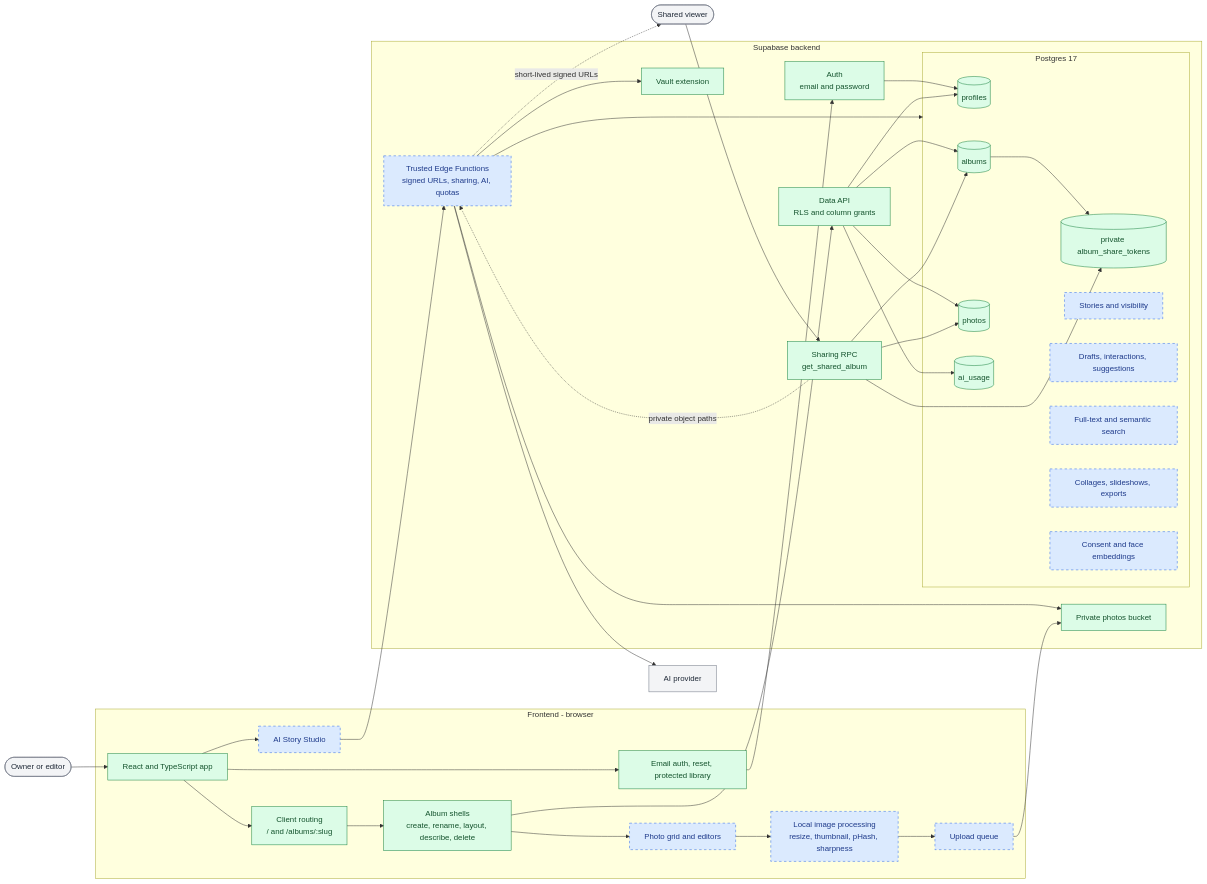
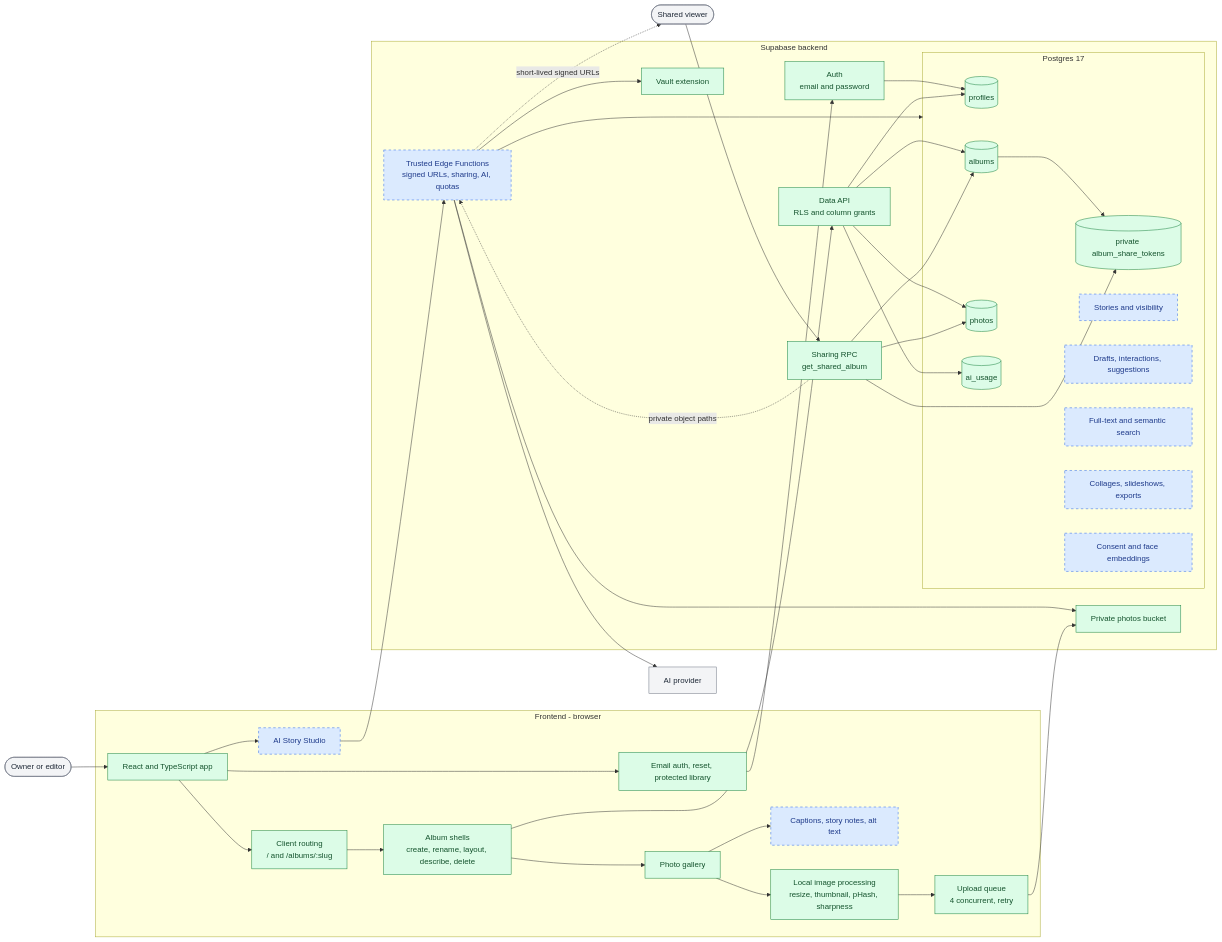
The first of 3 diagrams in docs/project-structure.md (Elizabeth1979/albums-studio), drawn with Mermaid before and after one commit. The commit also changed other lines of this file and 29 other files, not shown here.

````diff
--- a/docs/project-structure.md
+++ b/docs/project-structure.md
@@ -9,68 +9,69 @@
 ```mermaid
 flowchart LR
     User([Owner or editor]):::external
     Viewer([Shared viewer]):::external
     Model[AI provider]:::external
 
     subgraph Frontend["Frontend - browser"]
         App["React and TypeScript app"]:::current
         AuthUI["Email auth, reset, protected library"]:::current
         Router["Client routing<br/>/ and /albums/:slug"]:::current
         AlbumUI["Album shells<br/>create, rename, layout, describe, delete"]:::current
-        PhotoUI["Photo grid and editors"]:::planned
+        PhotoUI["Photo gallery"]:::current
+        TextUI["Captions, story notes, alt text"]:::planned
         Studio["AI Story Studio"]:::planned
-        Local["Local image processing<br/>resize, thumbnail, pHash, sharpness"]:::planned
-        Upload["Upload queue"]:::planned
+        Local["Local image processing<br/>resize, thumbnail, pHash, sharpness"]:::current
+        Upload["Upload queue<br/>4 concurrent, retry"]:::current
 
         App --> AuthUI
         App --> Router --> AlbumUI
-        AlbumUI --> PhotoUI
+        AlbumUI --> PhotoUI --> TextUI
         App --> Studio
         PhotoUI --> Local --> Upload
     end
 
     subgraph Supabase["Supabase backend"]
         Auth["Auth<br/>email and password"]:::current
         DataAPI["Data API<br/>RLS and column grants"]:::current
         RPC["Sharing RPC<br/>get_shared_album"]:::current
         Storage["Private photos bucket"]:::current
         Vault["Vault extension"]:::current
 
         subgraph Database["Postgres 17"]
             Profiles[(profiles)]:::current
             Albums[(albums)]:::current
             Photos[(photos)]:::current
             Usage[(ai_usage)]:::current
             Tokens[(private album_share_tokens)]:::current
             TextSchema["Stories and visibility"]:::planned
             AISchema["Drafts, interactions, suggestions"]:::planned
             SearchSchema["Full-text and semantic search"]:::planned
             OutputSchema["Collages, slideshows, exports"]:::planned
             FaceSchema["Consent and face embeddings"]:::planned
         end
 
         Edge["Trusted Edge Functions<br/>signed URLs, sharing, AI, quotas"]:::planned
 
         Auth --> Profiles
         DataAPI --> Albums & Photos & Profiles & Usage
         Albums --> Tokens
         RPC --> Albums & Photos & Tokens
         Edge --> Database
         Edge --> Storage
         Edge --> Vault
     end
 
     User --> App
     AuthUI --> Auth
     AlbumUI --> DataAPI
     Upload --> Storage
     Studio --> Edge
     Edge --> Model
     Viewer --> RPC
     RPC -. "private object paths" .-> Edge
     Edge -. "short-lived signed URLs" .-> Viewer
 
     classDef current fill:#dcfce7,stroke:#15803d,color:#14532d
     classDef planned fill:#dbeafe,stroke:#2563eb,color:#1e3a8a,stroke-dasharray:5 5
     classDef external fill:#f3f4f6,stroke:#6b7280,color:#1f2937
 ```
````
